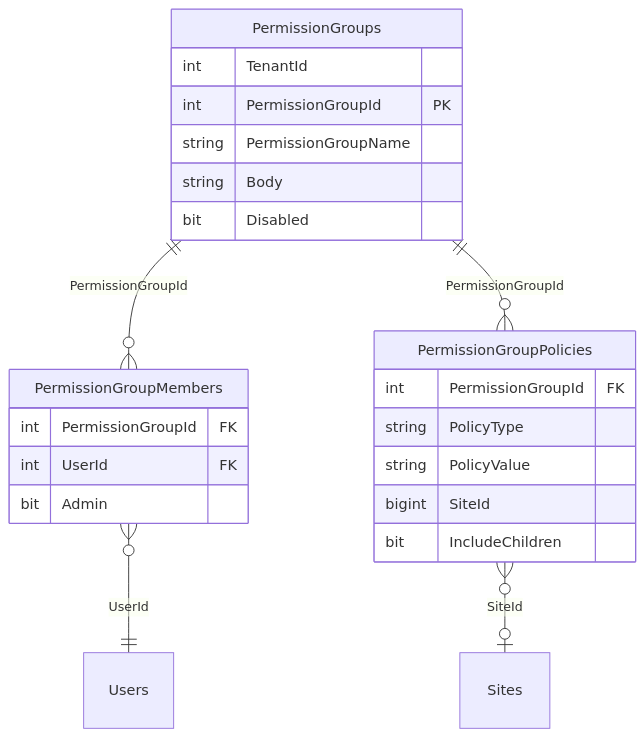
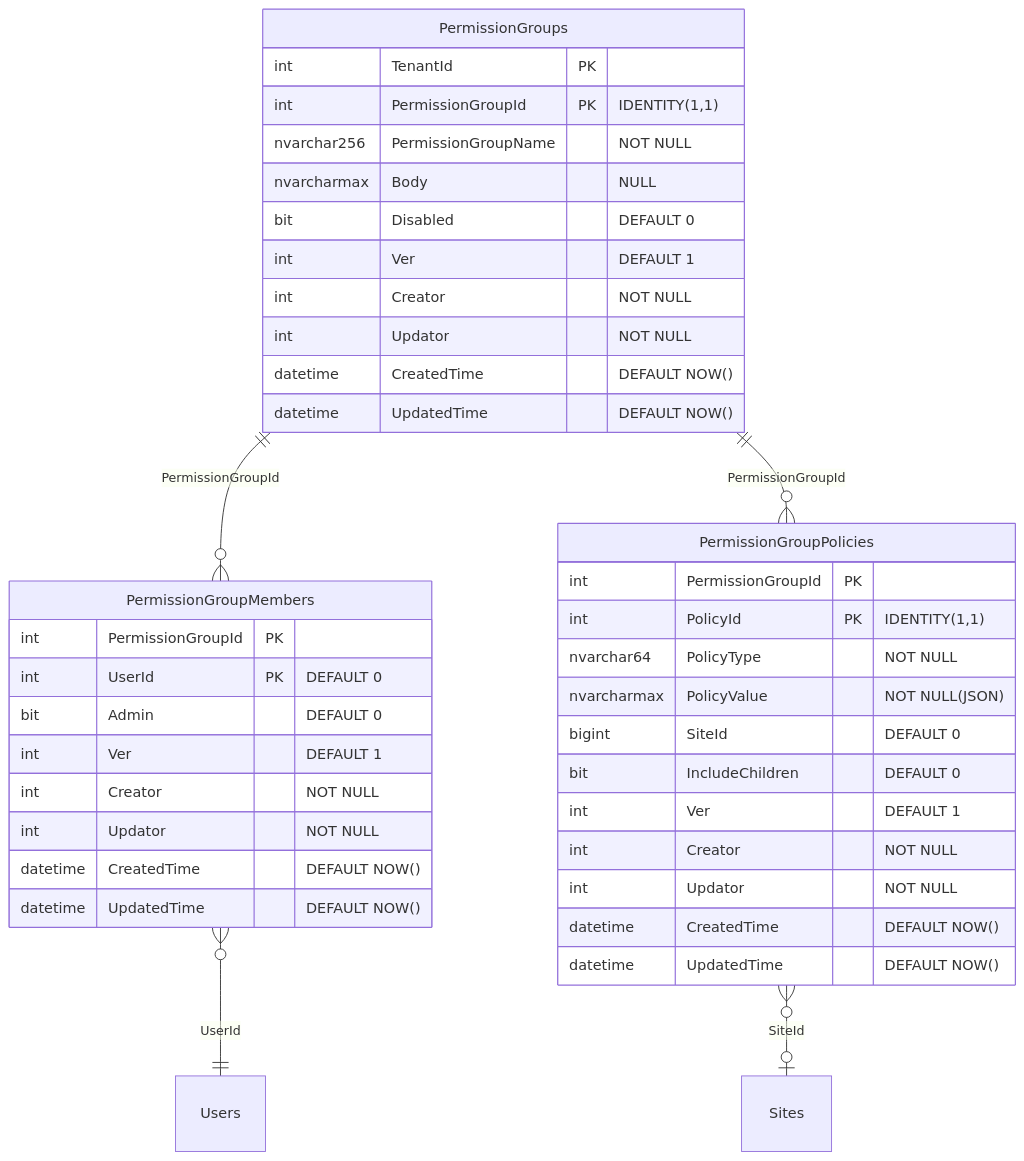
Before and after one commit to vehiclevisionjp/VehicleVision.Pleasanter.ResearchDocuments: the third of 8 diagrams in docs/research/01-認証・権限/005-権限グループ実装調査.md, drawn with Mermaid. The commit also changed other lines of this file, not shown here.

````diff
--- a/docs/research/01-認証・権限/005-権限グループ実装調査.md
+++ b/docs/research/01-認証・権限/005-権限グループ実装調査.md
@@ -524,29 +1138,45 @@
 ```mermaid
 erDiagram
     PermissionGroups ||--o{ PermissionGroupMembers : "PermissionGroupId"
     PermissionGroups ||--o{ PermissionGroupPolicies : "PermissionGroupId"
     PermissionGroupMembers }o--|| Users : "UserId"
     PermissionGroupPolicies }o--o| Sites : "SiteId"
 
     PermissionGroups {
-        int TenantId
-        int PermissionGroupId PK
-        string PermissionGroupName
-        string Body
-        bit Disabled
+        int TenantId PK
+        int PermissionGroupId PK "IDENTITY(1,1)"
+        nvarchar256 PermissionGroupName "NOT NULL"
+        nvarcharmax Body "NULL"
+        bit Disabled "DEFAULT 0"
+        int Ver "DEFAULT 1"
+        int Creator "NOT NULL"
+        int Updator "NOT NULL"
+        datetime CreatedTime "DEFAULT NOW()"
+        datetime UpdatedTime "DEFAULT NOW()"
     }
 
     PermissionGroupMembers {
-        int PermissionGroupId FK
-        int UserId FK
-        bit Admin
+        int PermissionGroupId PK
+        int UserId PK "DEFAULT 0"
+        bit Admin "DEFAULT 0"
+        int Ver "DEFAULT 1"
+        int Creator "NOT NULL"
+        int Updator "NOT NULL"
+        datetime CreatedTime "DEFAULT NOW()"
+        datetime UpdatedTime "DEFAULT NOW()"
     }
 
     PermissionGroupPolicies {
-        int PermissionGroupId FK
-        string PolicyType
-        string PolicyValue
-        bigint SiteId
-        bit IncludeChildren
+        int PermissionGroupId PK
+        int PolicyId PK "IDENTITY(1,1)"
+        nvarchar64 PolicyType "NOT NULL"
+        nvarcharmax PolicyValue "NOT NULL(JSON)"
+        bigint SiteId "DEFAULT 0"
+        bit IncludeChildren "DEFAULT 0"
+        int Ver "DEFAULT 1"
+        int Creator "NOT NULL"
+        int Updator "NOT NULL"
+        datetime CreatedTime "DEFAULT NOW()"
+        datetime UpdatedTime "DEFAULT NOW()"
     }
 ```
````
